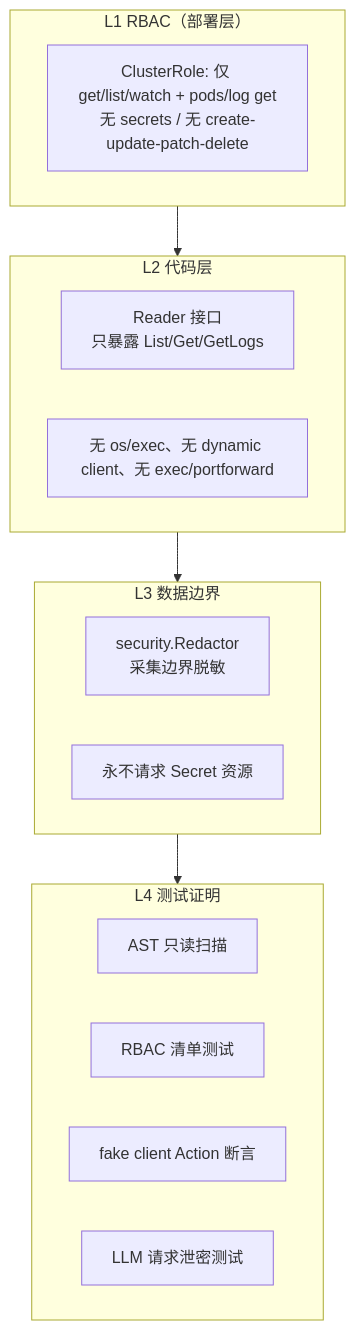
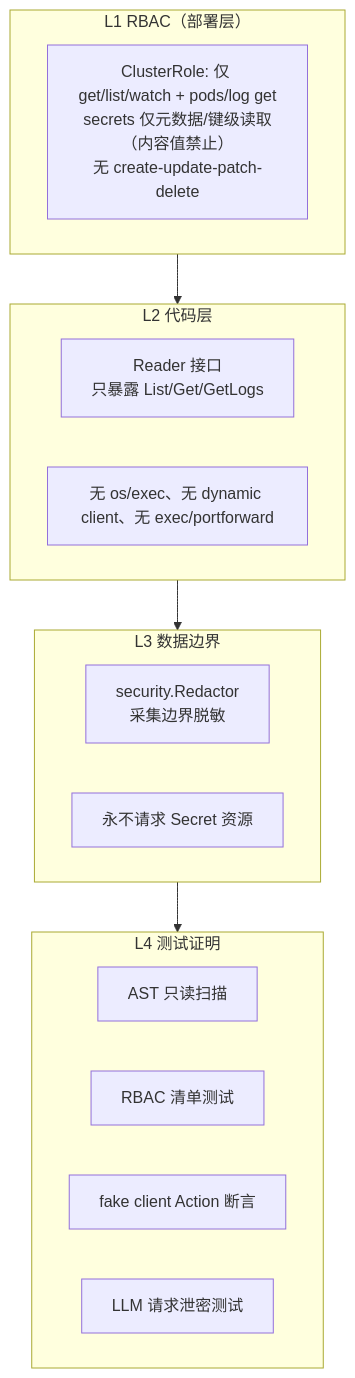
Before and after one commit to markguo123/k8s-ai: the diagram in docs/design/SECURITY.md, drawn with Mermaid. The commit also changed other lines of this file and 63 other files, not shown here.

````diff
--- a/docs/design/SECURITY.md
+++ b/docs/design/SECURITY.md
@@ -20,21 +20,21 @@
 ```mermaid
 flowchart TB
     subgraph L1["L1 RBAC（部署层）"]
-        RBAC["ClusterRole: 仅 get/list/watch + pods/log get<br/>无 secrets / 无 create-update-patch-delete"]
+        RBAC["ClusterRole: 仅 get/list/watch + pods/log get<br/>secrets 仅元数据/键级读取（内容值禁止）<br/>无 create-update-patch-delete"]
     end
     subgraph L2["L2 代码层"]
         RDR["Reader 接口<br/>只暴露 List/Get/GetLogs"]
         NOEXEC["无 os/exec、无 dynamic client、无 exec/portforward"]
     end
     subgraph L3["L3 数据边界"]
         SEC["security.Redactor<br/>采集边界脱敏"]
         NEVER["永不请求 Secret 资源"]
     end
     subgraph L4["L4 测试证明"]
         T1["AST 只读扫描"]
         T2["RBAC 清单测试"]
         T3["fake client Action 断言"]
         T4["LLM 请求泄密测试"]
     end
     L1 --> L2 --> L3 --> L4
 ```
````
